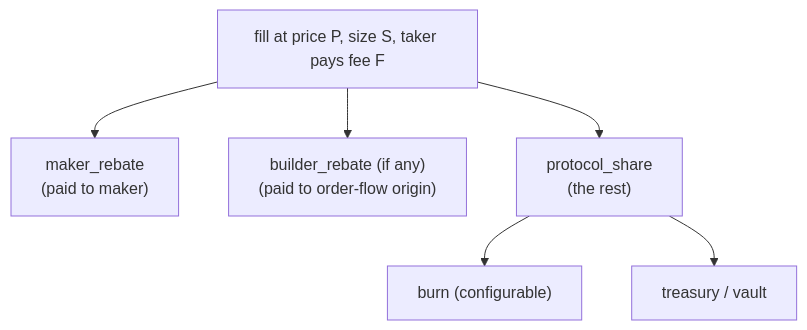
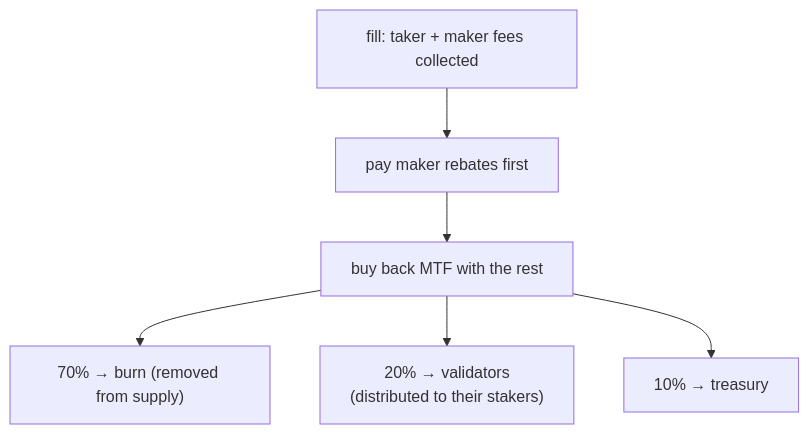
The diagram in docs/concepts/fees.md (mtf-exchange/metaflux-knowledges), drawn with Mermaid before and after one commit. The commit also changed other lines of this file and 3 other files, not shown here.

Commit message:
docs: tokenomics model page + reconcile fees (concepts) vs fee-schedule (rate card) to the final fee/staking/value-accrual model

````diff
--- a/docs/concepts/fees.md
+++ b/docs/concepts/fees.md
@@ -40,15 +74,15 @@
 ```mermaid
 flowchart TD
-    fill["fill at price P, size S, taker pays fee F"]
-    maker["maker_rebate<br/>(paid to maker)"]
-    builder["builder_rebate (if any)<br/>(paid to order-flow origin)"]
-    protocol["protocol_share<br/>(the rest)"]
-    burn["burn (configurable)"]
-    treasury["treasury / vault"]
+    fill["fill: taker + maker fees collected"]
+    rebate["pay maker rebates first"]
+    buyback["buy back MTF with the rest"]
+    burn["70% → burn (removed from supply)"]
+    validators["20% → validators<br/>(distributed to their stakers)"]
+    treasury["10% → treasury"]
 
-    fill --> maker
-    fill --> builder
-    fill --> protocol
-    protocol --> burn
-    protocol --> treasury
+    fill --> rebate
+    rebate --> buyback
+    buyback --> burn
+    buyback --> validators
+    buyback --> treasury
 ```
````
